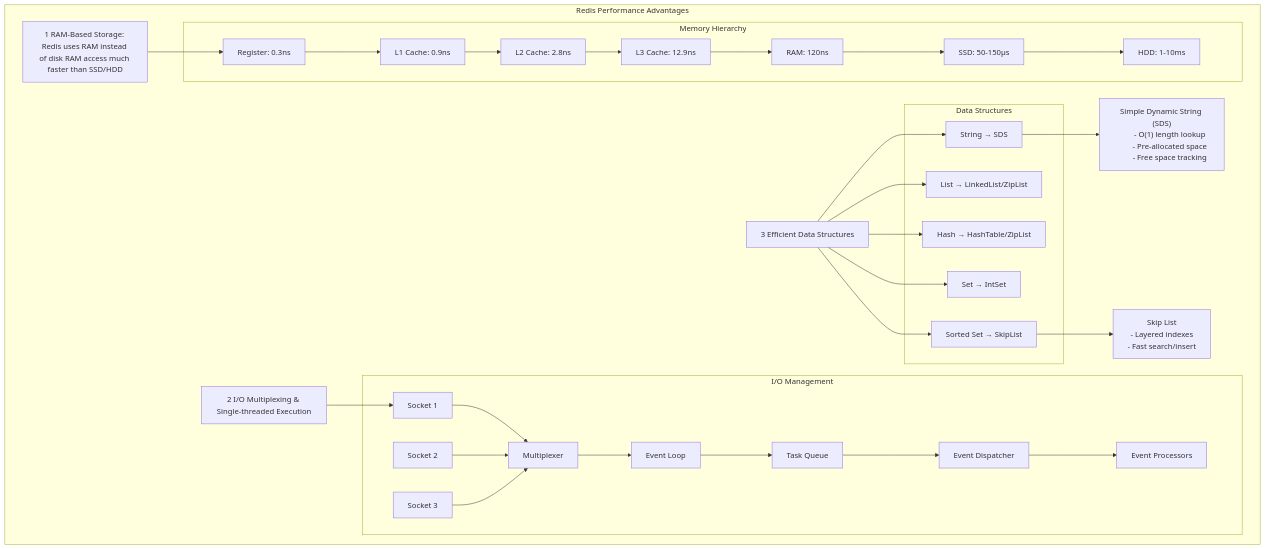
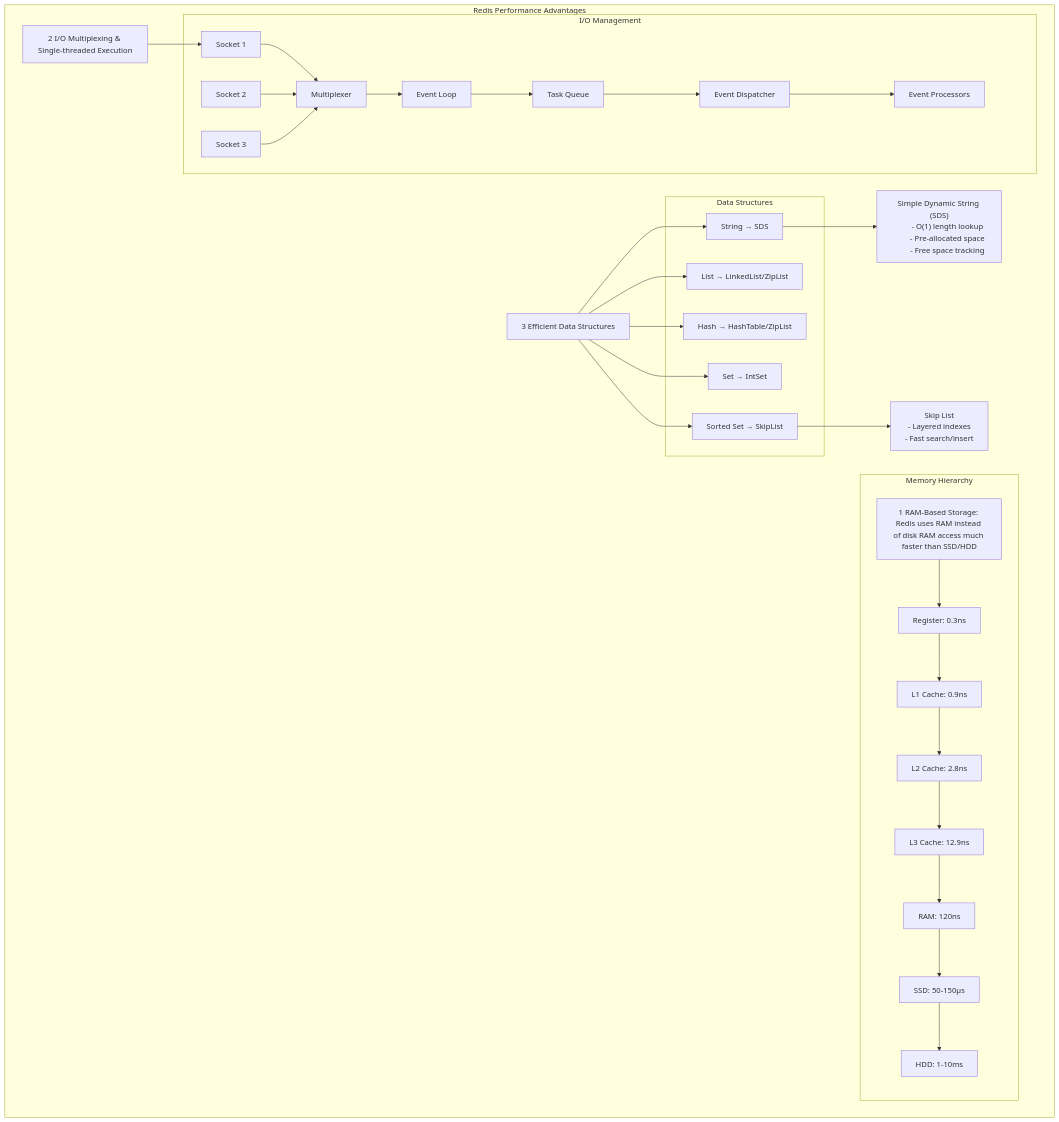
The diagram in System Design/System Design Interview/为什么Redis如此快速.md (uwspstar/20-Day-Challenge-List), drawn with Mermaid before and after one commit.

````diff
--- a/System Design/System Design Interview/为什么Redis如此快速.md
+++ b/System Design/System Design Interview/为什么Redis如此快速.md
@@ -40,73 +40,75 @@
 ```mermaid
 flowchart TB
     subgraph "Redis Performance Advantages"
+
         RAM["1 RAM-Based Storage: Redis uses RAM instead of disk RAM access much faster than SSD/HDD"]
 
         subgraph "Memory Hierarchy"
             Register["Register: 0.3ns"]
             L1["L1 Cache: 0.9ns"]
             L2["L2 Cache: 2.8ns"]
             L3["L3 Cache: 12.9ns"]
             MainMem["RAM: 120ns"]
             SSD["SSD: 50-150μs"]
             HDD["HDD: 1-10ms"]
-        end
+        
 
-        RAM --> Register
-        Register --> L1
-        L1 --> L2
-        L2 --> L3
-        L3 --> MainMem
-        MainMem --> SSD
-        SSD --> HDD
+           RAM --> Register
+           Register --> L1
+           L1 --> L2
+           L2 --> L3
+           L3 --> MainMem
+           MainMem --> SSD
+           SSD --> HDD
+         end
  
         IO["2 I/O Multiplexing & Single-threaded Execution"]
         
         subgraph "I/O Management"
             Socket1["Socket 1"]
             Socket2["Socket 2"]
             Socket3["Socket 3"]
             Mux["Multiplexer"]
             ELoop["Event Loop"]
             Queue["Task Queue"]
             Dispatch["Event Dispatcher"]
             Process["Event Processors"]
         end
         
         Socket1 & Socket2 & Socket3 --> Mux
         Mux --> ELoop
         ELoop --> Queue
         Queue --> Dispatch
         Dispatch --> Process
         
         IO --> Socket1
 
         DS["3 Efficient Data Structures"]
         
         subgraph "Data Structures"
             String["String → SDS"]
             List["List → LinkedList/ZipList"]
             Hash["Hash → HashTable/ZipList"]
             Set["Set → IntSet"]
             ZSet["Sorted Set → SkipList"]
         end
 
         SDS["Simple Dynamic String (SDS)
         - O(1) length lookup
         - Pre-allocated space
         - Free space tracking"]
 
         SkipList["Skip List
         - Layered indexes
         - Fast search/insert"]
 
         DS --> String
         DS --> List
         DS --> Hash
         DS --> Set
         DS --> ZSet
         
         String --> SDS
         ZSet --> SkipList
     end
 ```
````
